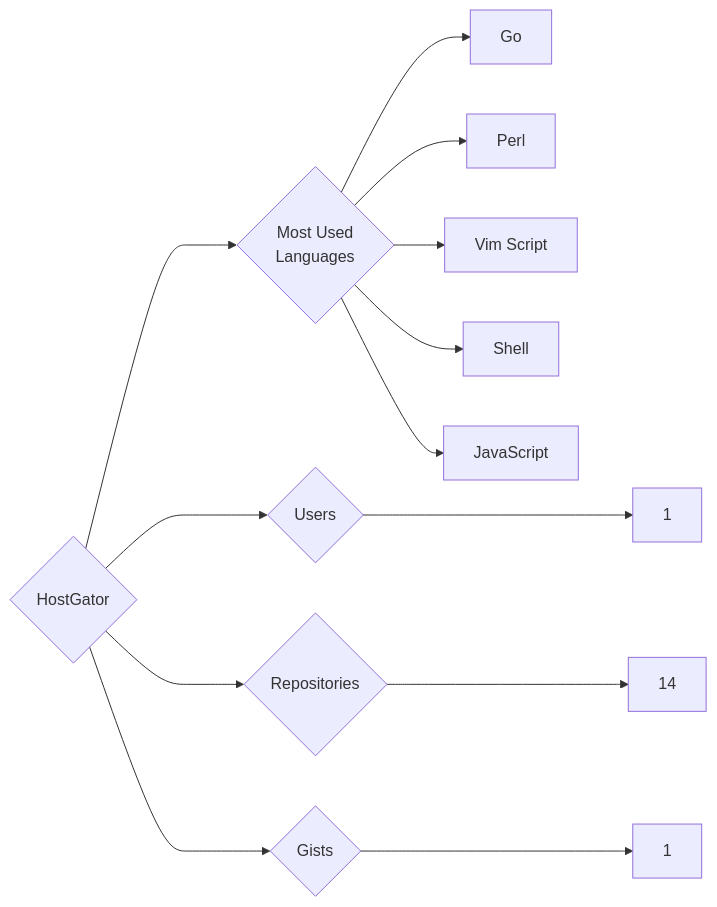
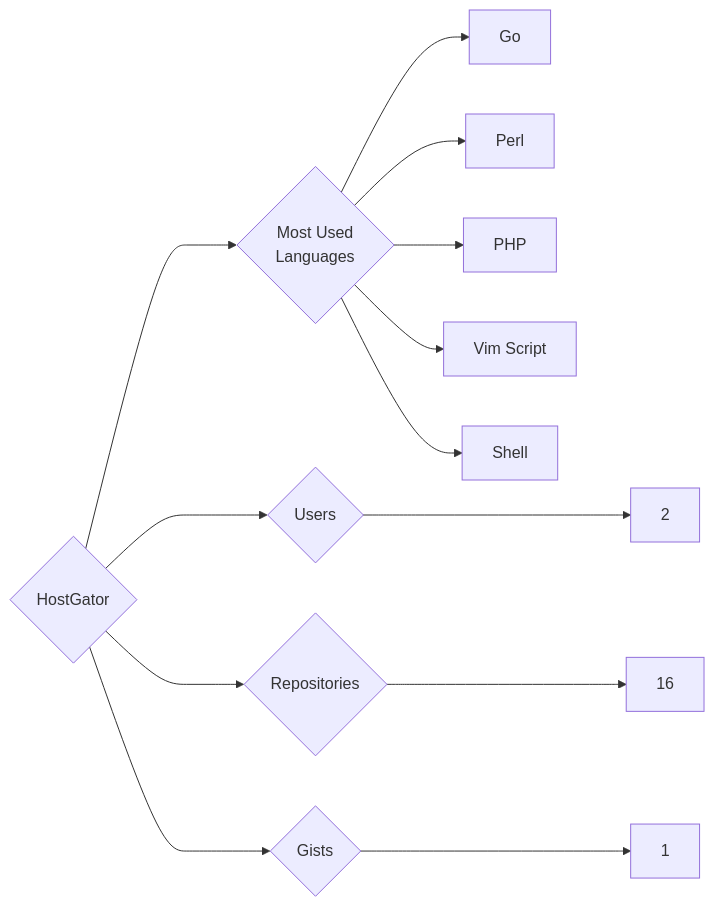
One commit to trickest/insiders changed the diagram in targets/HostGator/README.md. Above: the diagram before and after it, drawn with Mermaid. The commit also changed 745 other files, not shown here.

````diff
--- a/targets/HostGator/README.md
+++ b/targets/HostGator/README.md
@@ -3,13 +3,13 @@
 ```mermaid
 graph LR
 COMPANY_NAME{HostGator}
-COMPANY_NAME ---> U{Users} ---> UN[1]
-COMPANY_NAME ---> R{Repositories} ---> RN[14]
+COMPANY_NAME ---> U{Users} ---> UN[2]
+COMPANY_NAME ---> R{Repositories} ---> RN[16]
 COMPANY_NAME ---> G{Gists} ---> GN[1]
 COMPANY_NAME ---> ML{Most Used<br>Languages}
 ML --> Go[Go]
 ML --> Perl[Perl]
+ML --> PHP[PHP]
 ML --> Vim_Script[Vim Script]
 ML --> Shell[Shell]
-ML --> JavaScript[JavaScript]
 ```
````
